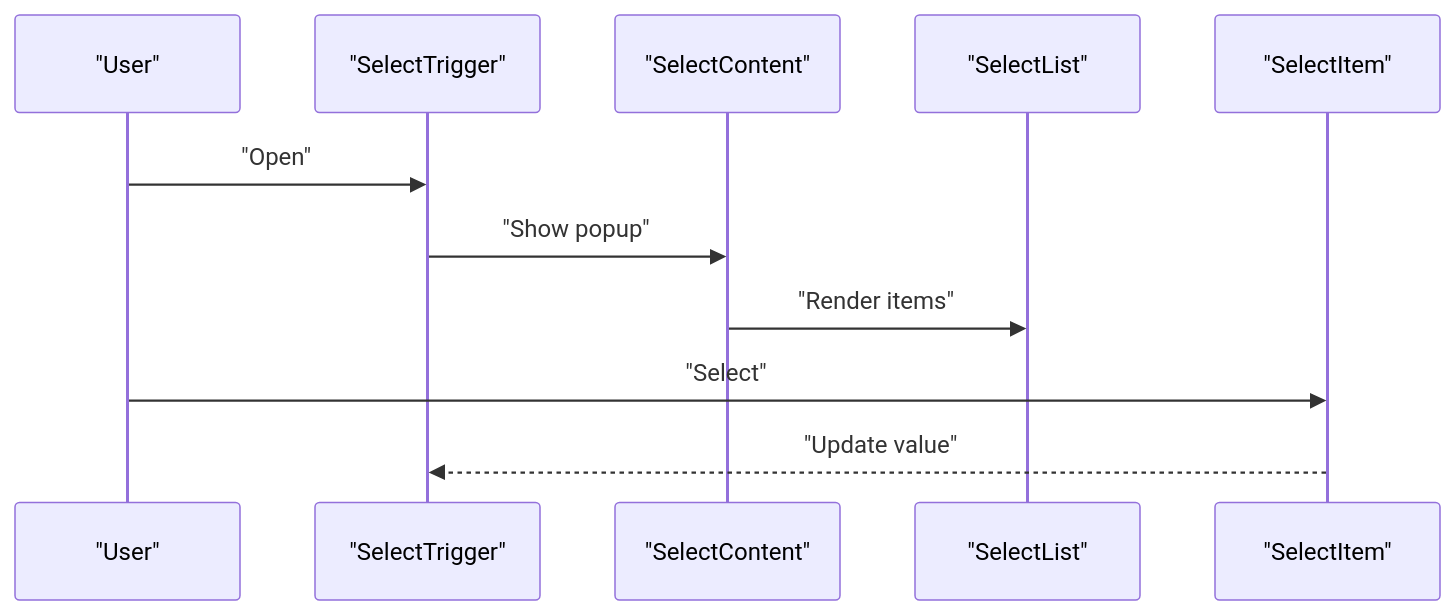
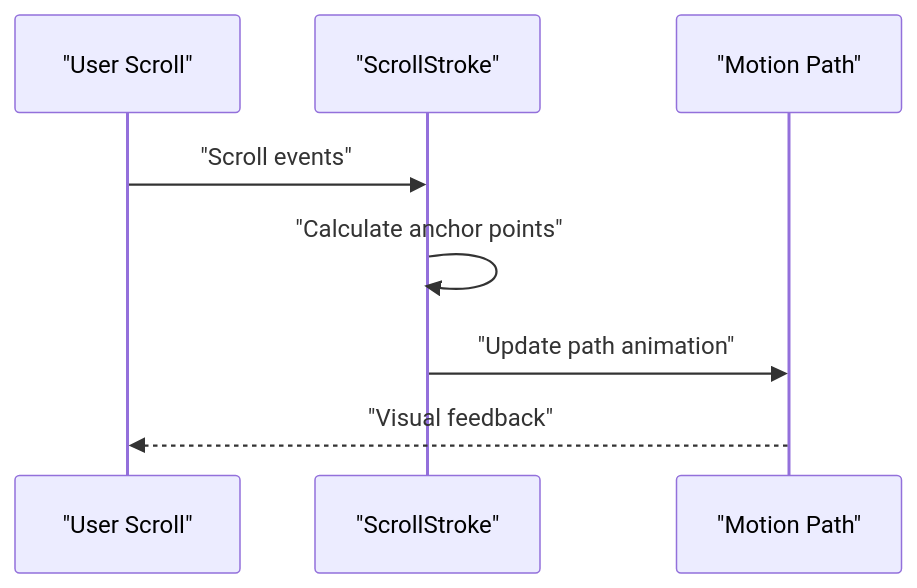
The fifth of 7 diagrams in .qoder/repowiki/en/content/Core Components/UI Component Library.md (MudassarAbrar/FreshRoute-Ai), drawn with Mermaid before and after one commit. The commit also changed other lines of this file and 4 other files, not shown here.

````diff
--- a/.qoder/repowiki/en/content/Core Components/UI Component Library.md
+++ b/.qoder/repowiki/en/content/Core Components/UI Component Library.md
@@ -279,13 +219,10 @@
 ```mermaid
 sequenceDiagram
-participant U as "User"
-participant Tr as "SelectTrigger"
-participant Po as "SelectContent"
-participant Li as "SelectList"
-participant It as "SelectItem"
-U->>Tr : "Open"
-Tr->>Po : "Show popup"
-Po->>Li : "Render items"
-U->>It : "Select"
-It-->>Tr : "Update value"
+participant U as "User Scroll"
+participant SS as "ScrollStroke"
+participant MP as "Motion Path"
+U->>SS : "Scroll events"
+SS->>SS : "Calculate anchor points"
+SS->>MP : "Update path animation"
+MP-->>U : "Visual feedback"
 ```
````
